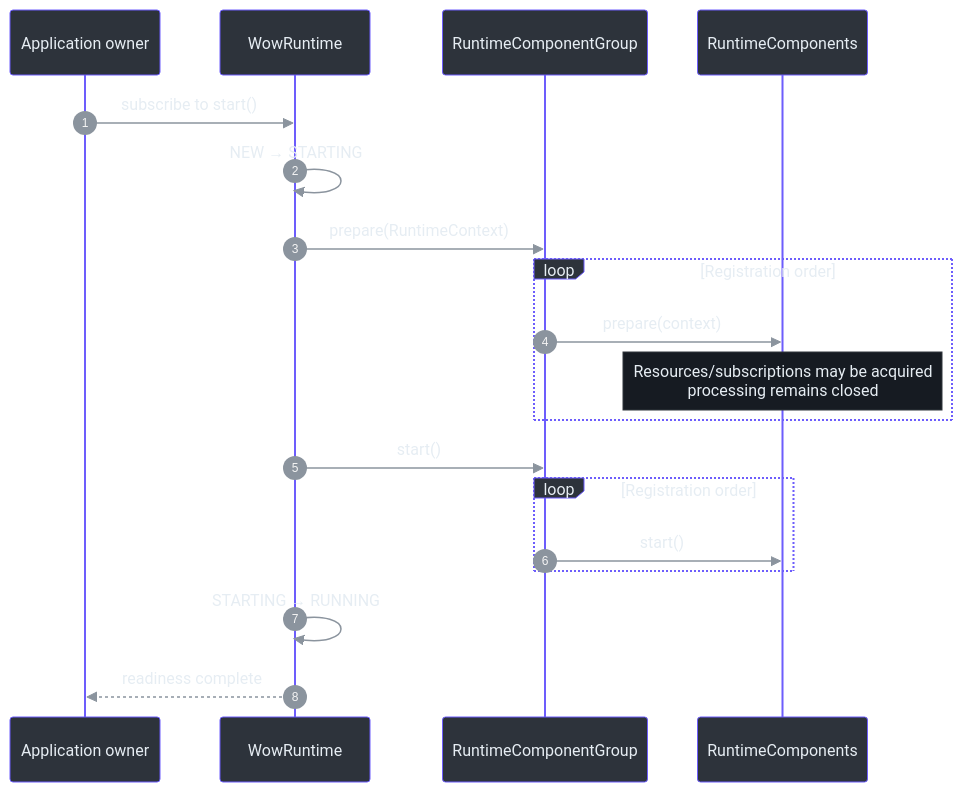
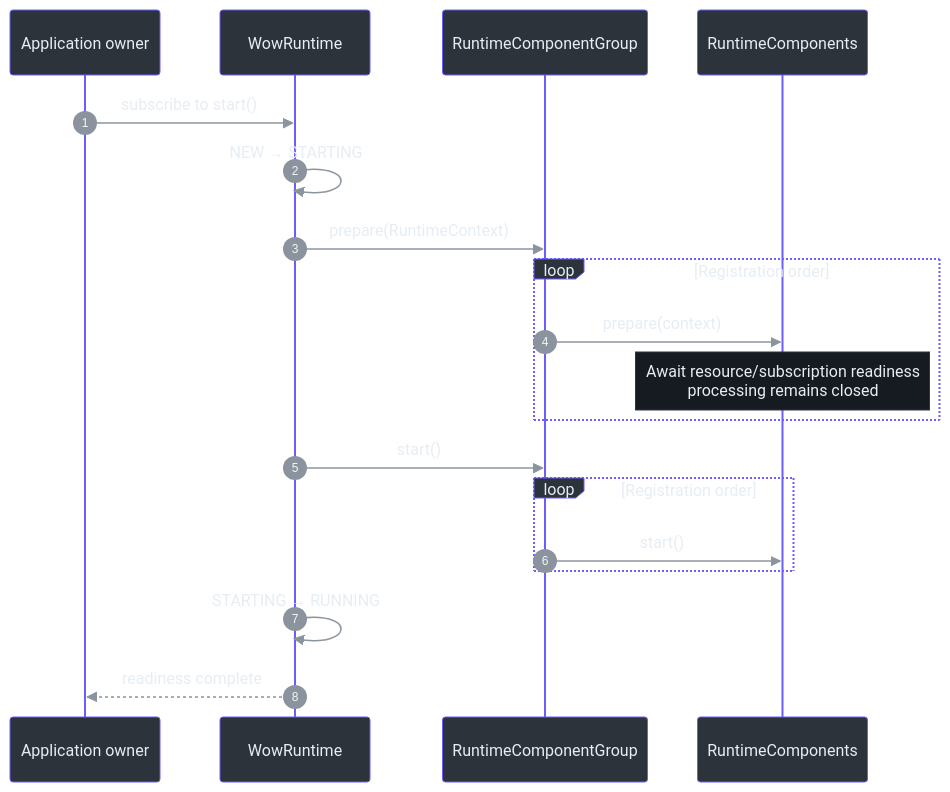
The third of 5 diagrams in documentation/docs/en/guide/advanced/runtime-lifecycle.md (Ahoo-Wang/Wow), drawn with Mermaid before and after one commit. The commit also changed other lines of this file and 55 other files, not shown here.

````diff
--- a/documentation/docs/en/guide/advanced/runtime-lifecycle.md
+++ b/documentation/docs/en/guide/advanced/runtime-lifecycle.md
@@ -152,23 +158,23 @@
 ```mermaid
 %%{init: {"theme":"base","themeVariables":{"actorBkg":"#2d333b","actorBorder":"#6d5dfc","actorTextColor":"#e6edf3","signalColor":"#8b949e","signalTextColor":"#e6edf3","noteBkgColor":"#161b22","noteBorderColor":"#30363d","noteTextColor":"#e6edf3","labelBoxBkgColor":"#2d333b","labelBoxBorderColor":"#6d5dfc","labelTextColor":"#e6edf3"}}}%%
 sequenceDiagram
     autonumber
     participant Owner as Application owner
     participant Runtime as WowRuntime
     participant Group as RuntimeComponentGroup
     participant Components as RuntimeComponents
 
     Owner->>Runtime: subscribe to start()
     Runtime->>Runtime: NEW → STARTING
     Runtime->>Group: prepare(RuntimeContext)
     loop Registration order
         Group->>Components: prepare(context)
-        Note over Components: Resources/subscriptions may be acquired<br>processing remains closed
+        Note over Components: Await resource/subscription readiness<br>processing remains closed
     end
     Runtime->>Group: start()
     loop Registration order
         Group->>Components: start()
     end
     Runtime->>Runtime: STARTING → RUNNING
     Runtime-->>Owner: readiness complete
 ```
````
